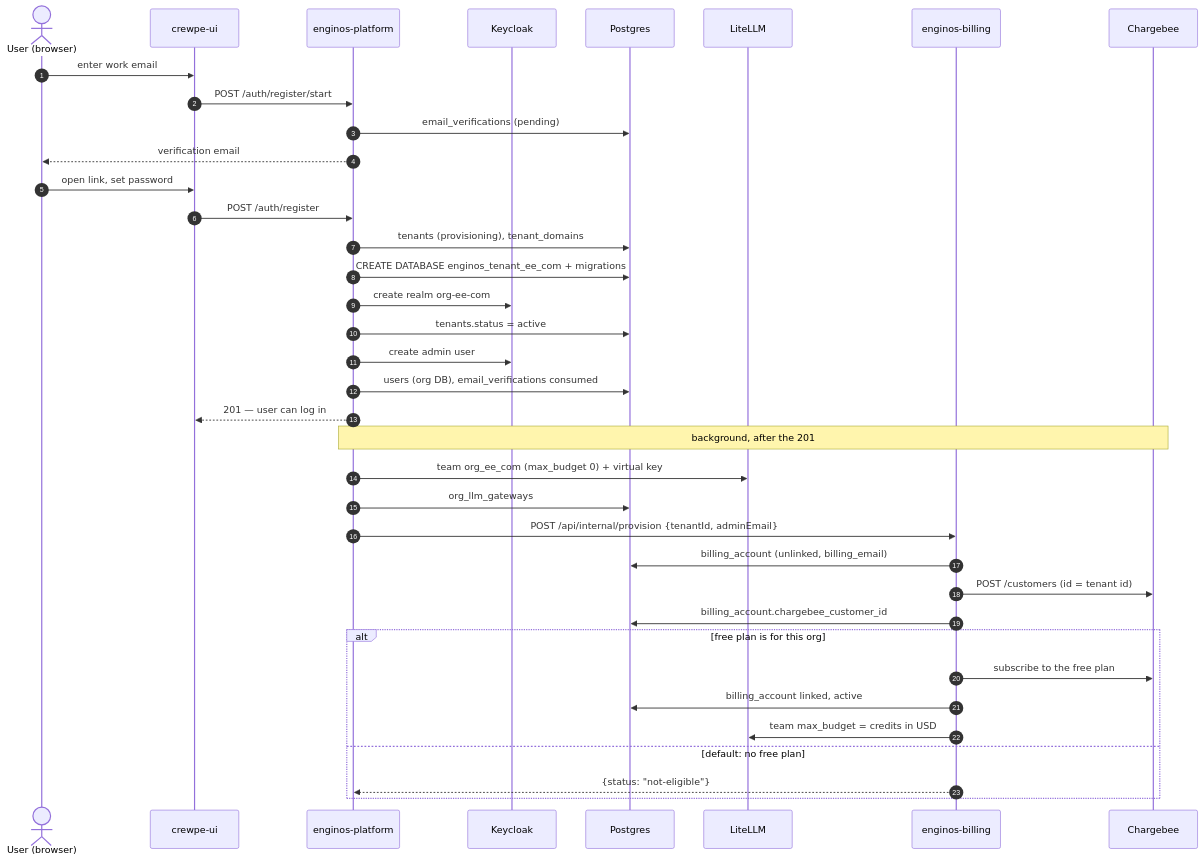
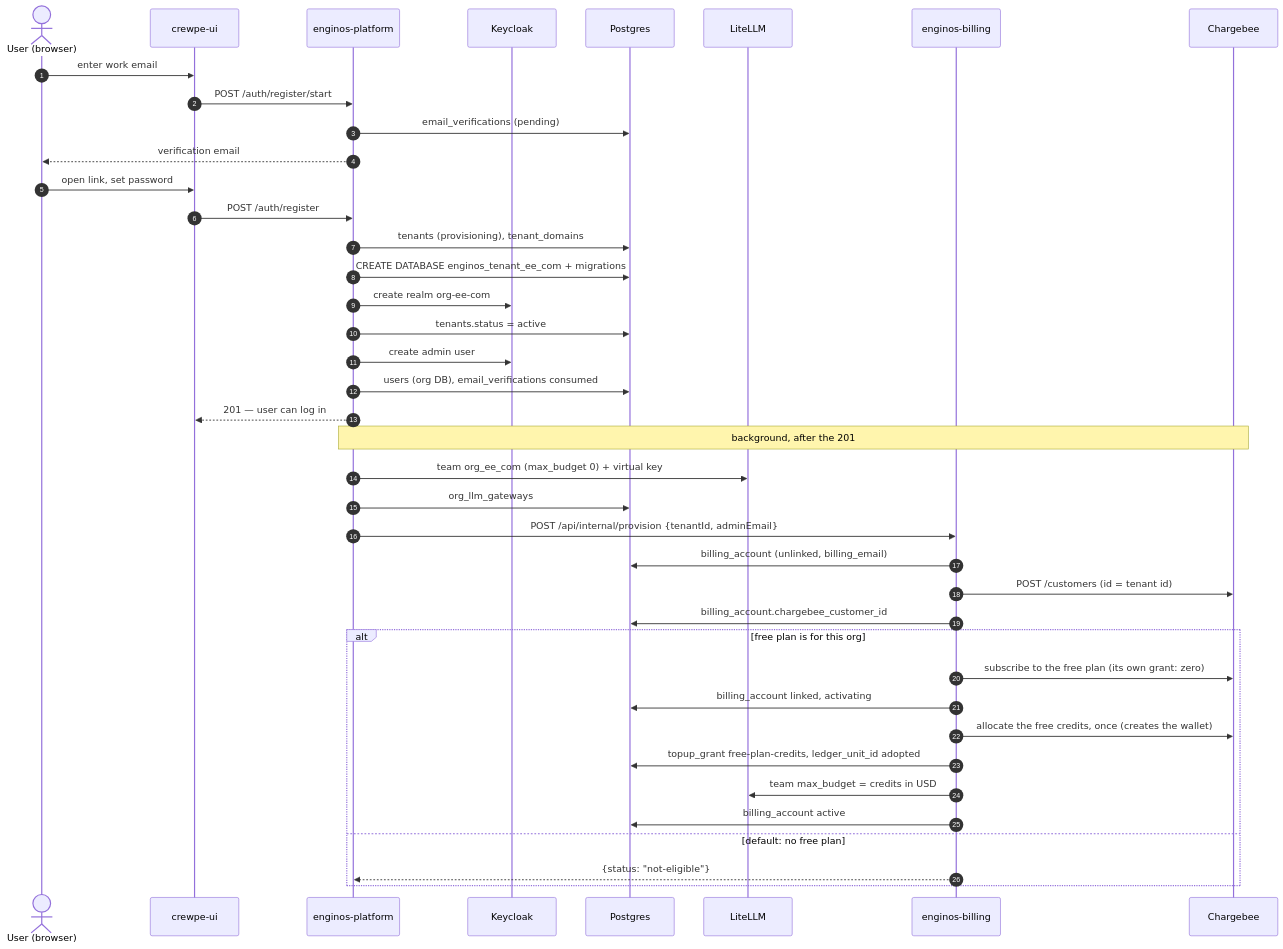
One commit to EnWithAI/enginos-billing changed the diagram in docs/SIGNUP-FLOW.md. Above: the diagram before and after it, drawn with Mermaid. The commit also changed other lines of this file and 50 other files, not shown here.

````diff
--- a/docs/SIGNUP-FLOW.md
+++ b/docs/SIGNUP-FLOW.md
@@ -60,41 +61,44 @@
 ```mermaid
 sequenceDiagram
     autonumber
     actor U as User (browser)
     participant UI as crewpe-ui
     participant P as enginos-platform
     participant KC as Keycloak
     participant PG as Postgres
     participant L as LiteLLM
     participant B as enginos-billing
     participant CB as Chargebee
 
     U->>UI: enter work email
     UI->>P: POST /auth/register/start
     P->>PG: email_verifications (pending)
     P-->>U: verification email
     U->>UI: open link, set password
     UI->>P: POST /auth/register
     P->>PG: tenants (provisioning), tenant_domains
     P->>PG: CREATE DATABASE enginos_tenant_ee_com + migrations
     P->>KC: create realm org-ee-com
     P->>PG: tenants.status = active
     P->>KC: create admin user
     P->>PG: users (org DB), email_verifications consumed
     P-->>UI: 201 — user can log in
 
     Note over P,CB: background, after the 201
     P->>L: team org_ee_com (max_budget 0) + virtual key
     P->>PG: org_llm_gateways
     P->>B: POST /api/internal/provision {tenantId, adminEmail}
     B->>PG: billing_account (unlinked, billing_email)
     B->>CB: POST /customers (id = tenant id)
     B->>PG: billing_account.chargebee_customer_id
     alt free plan is for this org
-        B->>CB: subscribe to the free plan
-        B->>PG: billing_account linked, active
+        B->>CB: subscribe to the free plan (its own grant: zero)
+        B->>PG: billing_account linked, activating
+        B->>CB: allocate the free credits, once (creates the wallet)
+        B->>PG: topup_grant free-plan-credits, ledger_unit_id adopted
         B->>L: team max_budget = credits in USD
+        B->>PG: billing_account active
     else default: no free plan
         B-->>P: {status: "not-eligible"}
     end
 ```
````
